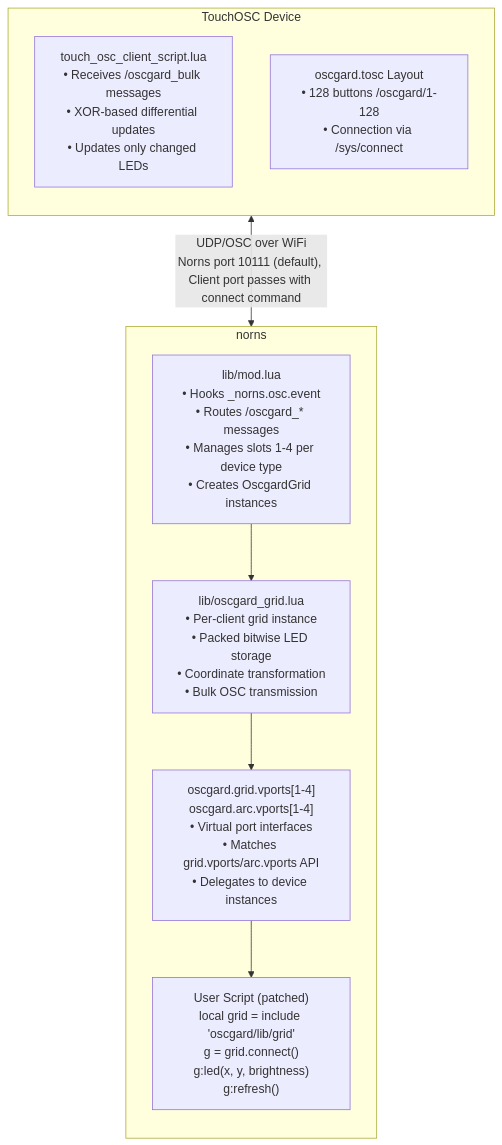
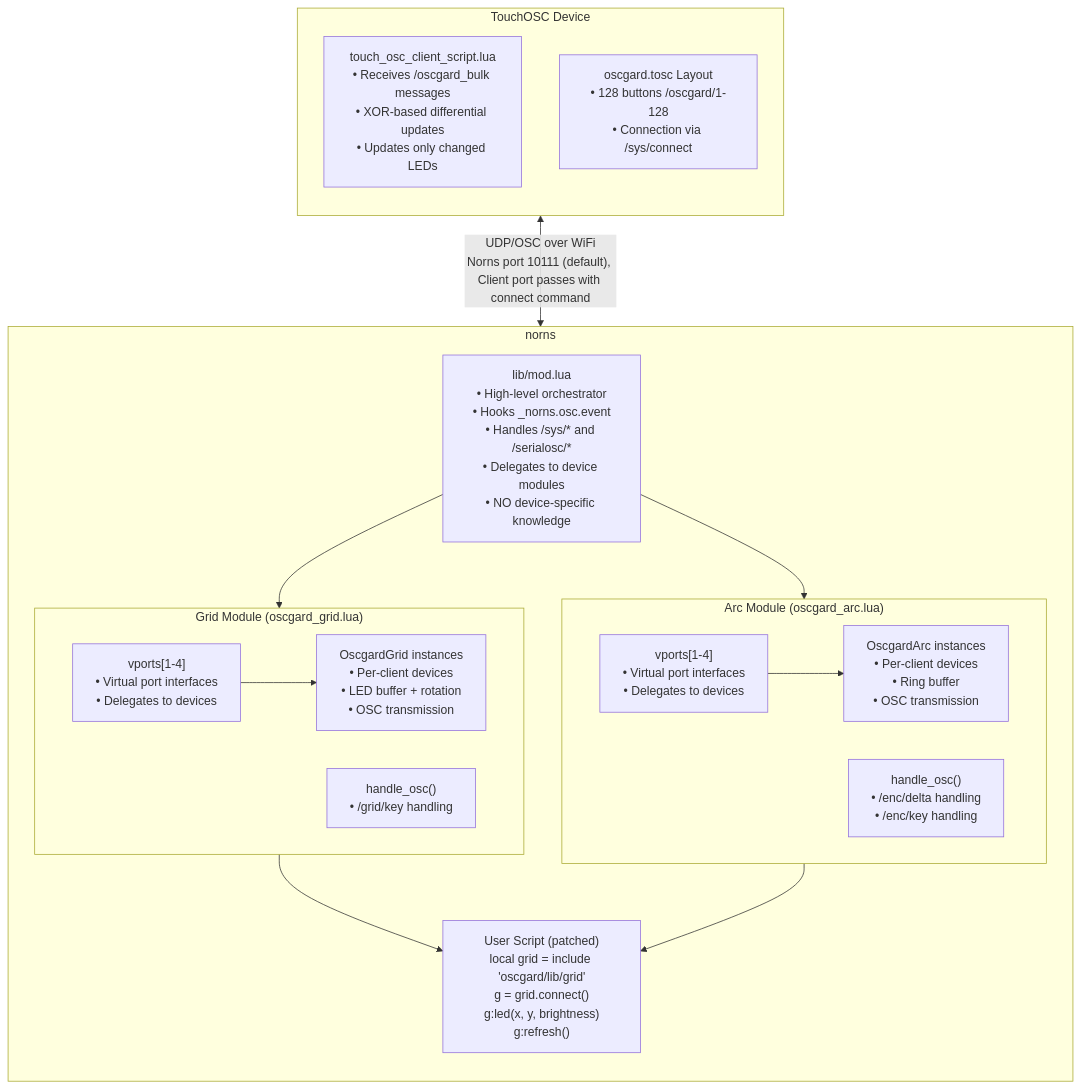
One commit to ilatovsky/toga changed the first of 4 diagrams in docs/ARCHITECTURE.md. Above: the diagram before and after it, drawn with Mermaid. The commit also changed other lines of this file and 4 other files, not shown here.

````diff
--- a/docs/ARCHITECTURE.md
+++ b/docs/ARCHITECTURE.md
@@ -13,22 +23,36 @@
 ```mermaid
 flowchart TB
     subgraph TouchOSC["TouchOSC Device"]
         direction TB
         BulkProcessor["touch_osc_client_script.lua<br/>• Receives /oscgard_bulk messages<br/>• XOR-based differential updates<br/>• Updates only changed LEDs"]
         Layout["oscgard.tosc Layout<br/>• 128 buttons /oscgard/1-128<br/>• Connection via /sys/connect"]
     end
-    
+
     subgraph norns["norns"]
         direction TB
-        Mod["lib/mod.lua<br/>• Hooks _norns.osc.event<br/>• Routes /oscgard_* messages<br/>• Manages slots 1-4 per device type<br/>• Creates OscgardGrid instances"]
-        GridClass["lib/oscgard_grid.lua<br/>• Per-client grid instance<br/>• Packed bitwise LED storage<br/>• Coordinate transformation<br/>• Bulk OSC transmission"]
-        VPorts["oscgard.grid.vports[1-4]<br/>oscgard.arc.vports[1-4]<br/>• Virtual port interfaces<br/>• Matches grid.vports/arc.vports API<br/>• Delegates to device instances"]
+        Mod["lib/mod.lua<br/>• High-level orchestrator<br/>• Hooks _norns.osc.event<br/>• Handles /sys/* and /serialosc/*<br/>• Delegates to device modules<br/>• NO device-specific knowledge"]
+
+        subgraph GridModule["Grid Module (oscgard_grid.lua)"]
+            GridVPorts["vports[1-4]<br/>• Virtual port interfaces<br/>• Delegates to devices"]
+            GridDevices["OscgardGrid instances<br/>• Per-client devices<br/>• LED buffer + rotation<br/>• OSC transmission"]
+            GridOSC["handle_osc()<br/>• /grid/key handling"]
+            GridVPorts --> GridDevices
+        end
+
+        subgraph ArcModule["Arc Module (oscgard_arc.lua)"]
+            ArcVPorts["vports[1-4]<br/>• Virtual port interfaces<br/>• Delegates to devices"]
+            ArcDevices["OscgardArc instances<br/>• Per-client devices<br/>• Ring buffer<br/>• OSC transmission"]
+            ArcOSC["handle_osc()<br/>• /enc/delta handling<br/>• /enc/key handling"]
+            ArcVPorts --> ArcDevices
+        end
+
         UserScript["User Script (patched)<br/>local grid = include 'oscgard/lib/grid'<br/>g = grid.connect()<br/>g:led(x, y, brightness)<br/>g:refresh()"]
-        
-        Mod --> GridClass
-        GridClass --> VPorts
-        VPorts --> UserScript
+
+        Mod --> GridModule
+        Mod --> ArcModule
+        GridModule --> UserScript
+        ArcModule --> UserScript
     end
-    
+
     TouchOSC <-->|"UDP/OSC over WiFi<br/>Norns port 10111 (default), Client port passes with connect command"| norns
 ```
````
